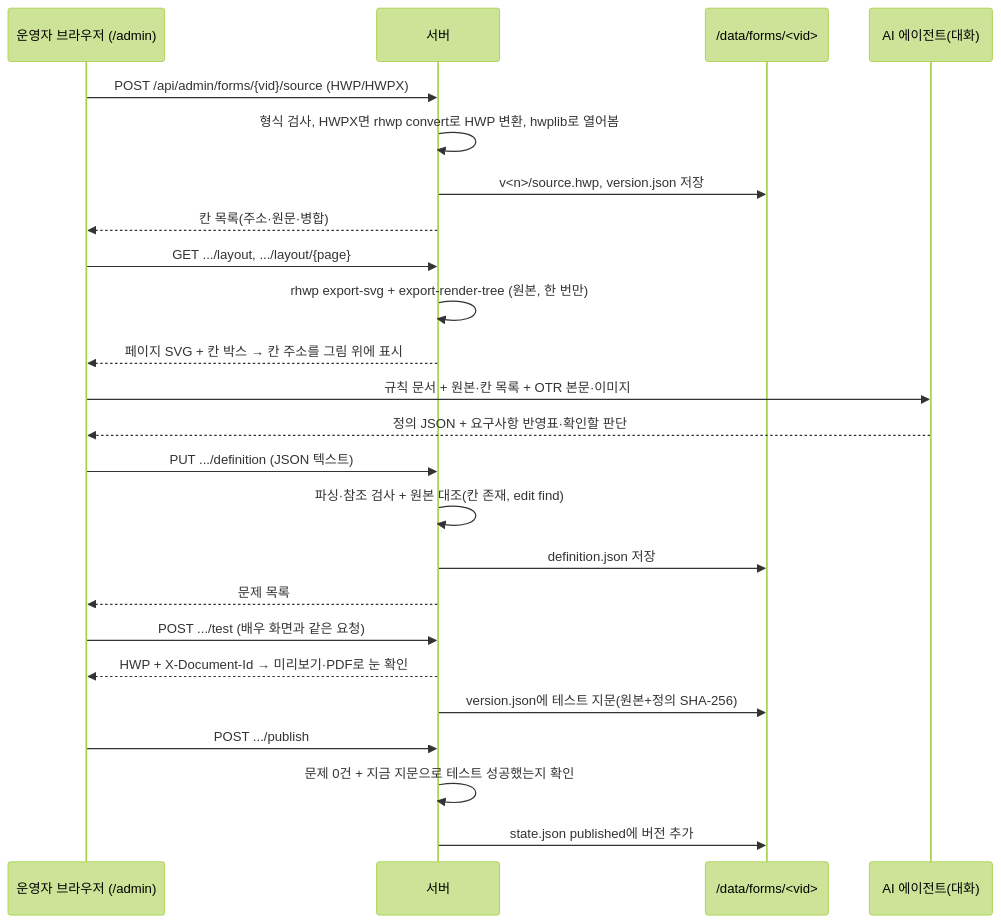
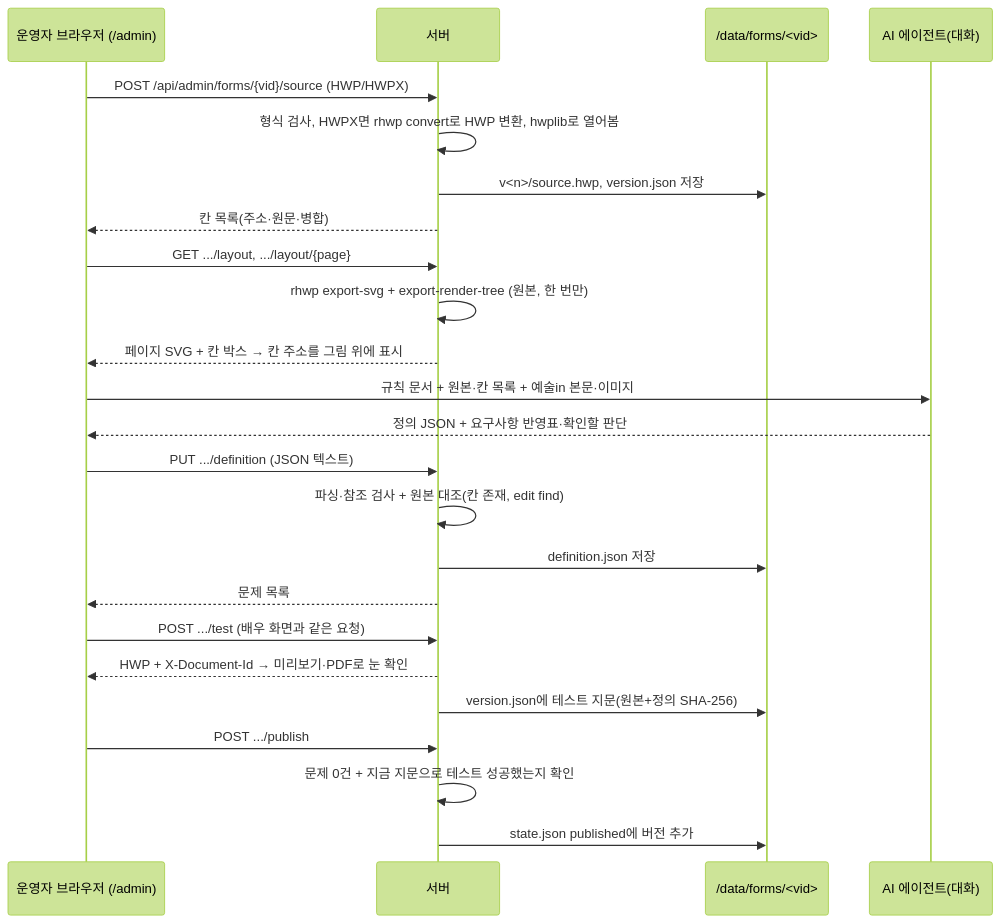
One commit to yesulIn-prototype/actor-apply-write changed the second of 3 diagrams in design/how-it-works.md. Above: the diagram before and after it, drawn with Mermaid (forest theme). The commit also changed other lines of this file and 13 other files, not shown here.

````diff
--- a/design/how-it-works.md
+++ b/design/how-it-works.md
@@ -36,26 +36,26 @@
 ```mermaid
 sequenceDiagram
   participant O as 운영자 브라우저 (/admin)
   participant S as 서버
   participant D as /data/forms/<vid>
   participant A as AI 에이전트(대화)
   O->>S: POST /api/admin/forms/{vid}/source (HWP/HWPX)
   S->>S: 형식 검사, HWPX면 rhwp convert로 HWP 변환, hwplib로 열어봄
   S->>D: v<n>/source.hwp, version.json 저장
   S-->>O: 칸 목록(주소·원문·병합)
   O->>S: GET .../layout, .../layout/{page}
   S->>S: rhwp export-svg + export-render-tree (원본, 한 번만)
   S-->>O: 페이지 SVG + 칸 박스 → 칸 주소를 그림 위에 표시
-  O->>A: 규칙 문서 + 원본·칸 목록 + OTR 본문·이미지
+  O->>A: 규칙 문서 + 원본·칸 목록 + 예술in 본문·이미지
   A-->>O: 정의 JSON + 요구사항 반영표·확인할 판단
   O->>S: PUT .../definition (JSON 텍스트)
   S->>S: 파싱·참조 검사 + 원본 대조(칸 존재, edit find)
   S->>D: definition.json 저장
   S-->>O: 문제 목록
   O->>S: POST .../test (배우 화면과 같은 요청)
   S-->>O: HWP + X-Document-Id → 미리보기·PDF로 눈 확인
   S->>D: version.json에 테스트 지문(원본+정의 SHA-256)
   O->>S: POST .../publish
   S->>S: 문제 0건 + 지금 지문으로 테스트 성공했는지 확인
   S->>D: state.json published에 버전 추가
 ```
````
